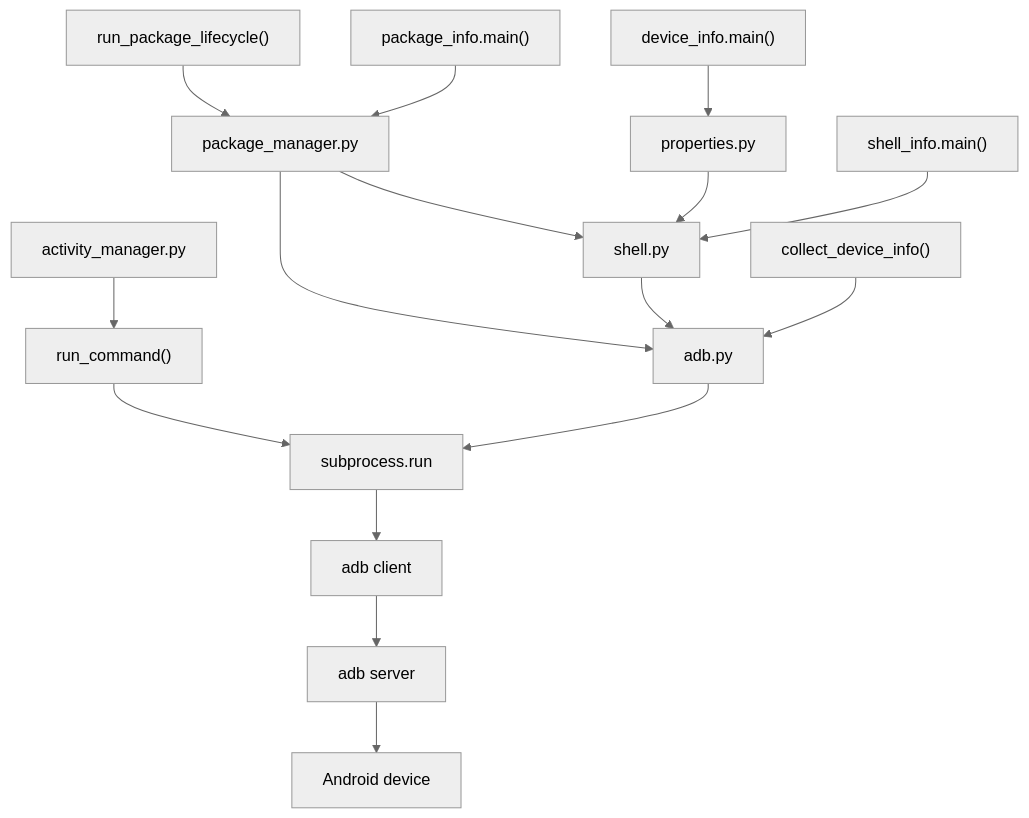
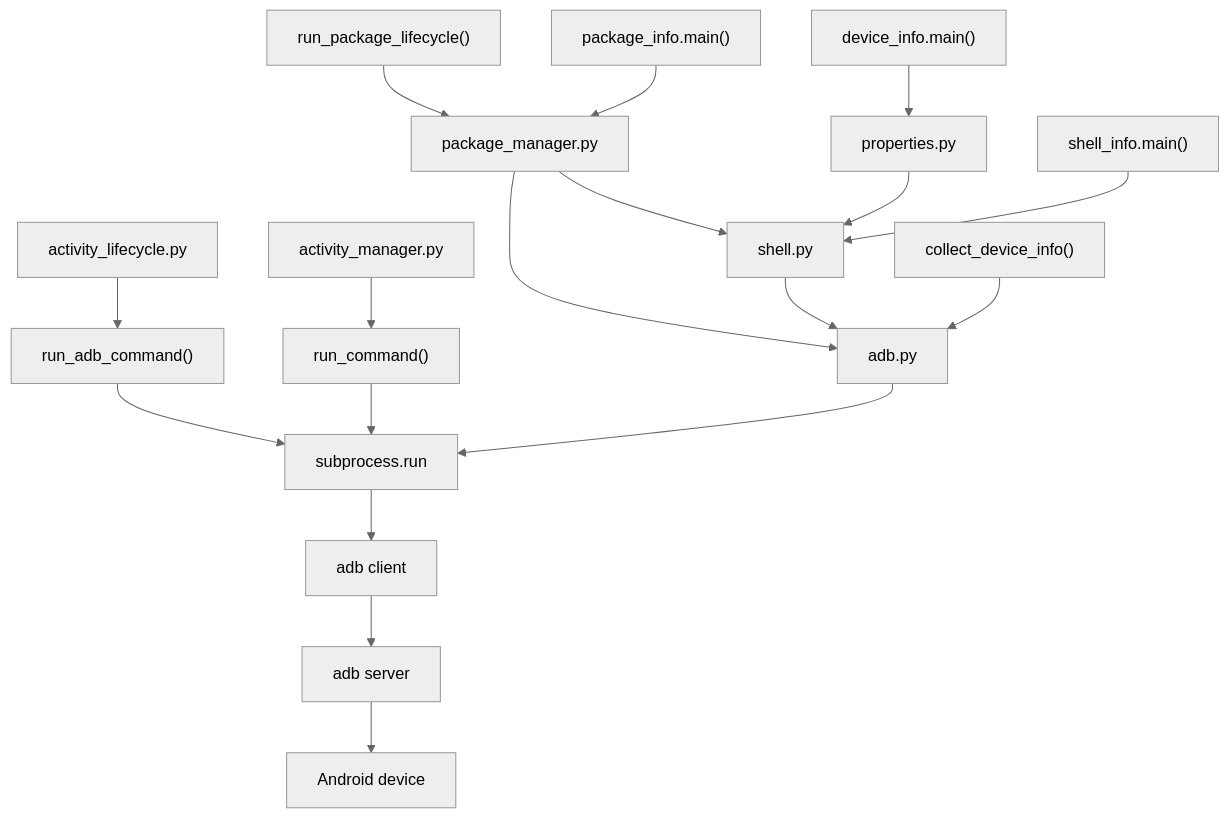
One commit to andrew771027/android-cookbook changed the diagram in docs/architecture.md. Above: the diagram before and after it, drawn with Mermaid (neutral theme). The commit also changed other lines of this file and 18 other files, not shown here.

````diff
--- a/docs/architecture.md
+++ b/docs/architecture.md
@@ -7,18 +9,20 @@
 ```mermaid
 flowchart TD
+    ActivityLifecycle["activity_lifecycle.py"] --> LifecycleCommand["run_adb_command()"]
+    LifecycleCommand --> Subprocess
     ActivityManager["activity_manager.py"] --> RunCommand["run_command()"]
     RunCommand --> Subprocess
     DeviceInfo["device_info.main()"] --> Properties["properties.py"]
     PackageLifecycle["run_package_lifecycle()"] --> PackageManager
     PackageInfo["package_info.main()"] --> PackageManager["package_manager.py"]
     PackageManager --> Shell
     PackageManager --> Adb
     Properties --> Shell["shell.py"]
     ShellInfo["shell_info.main()"] --> Shell
     Shell --> Adb["adb.py"]
     CollectDeviceInfo["collect_device_info()"] --> Adb
     Adb --> Subprocess["subprocess.run"]
     Subprocess --> Client["adb client"]
     Client --> Server["adb server"]
     Server --> Device["Android device"]
 ```
````
